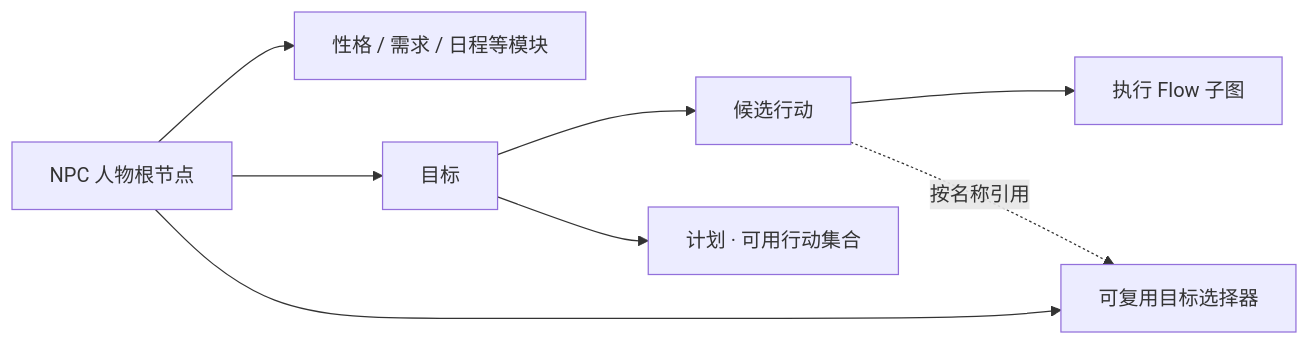
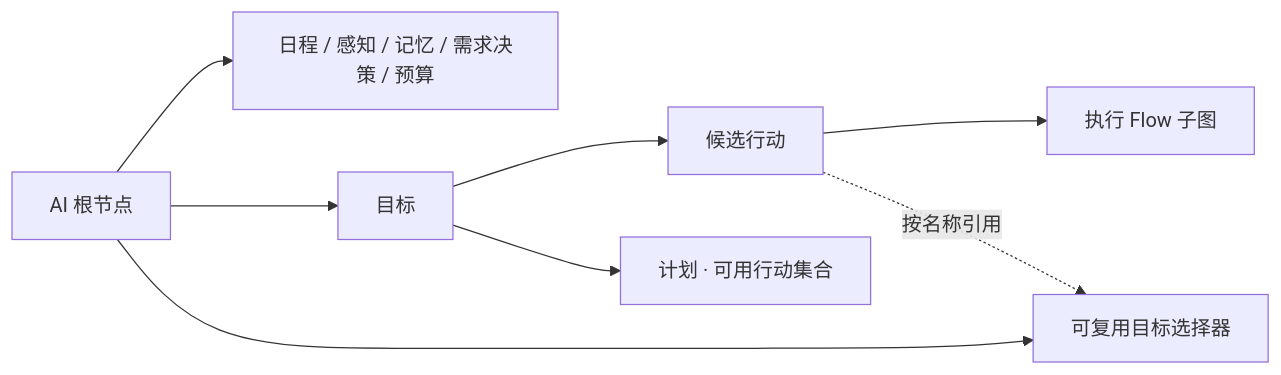
One commit to yuluotian123/yu changed the diagram in scripts/gamelogic/ai/NPC_GRAPH_GUIDE.md. Above: the diagram before and after it, drawn with Mermaid. The commit also changed other lines of this file and 159 other files, not shown here.

````diff
--- a/scripts/gamelogic/ai/NPC_GRAPH_GUIDE.md
+++ b/scripts/gamelogic/ai/NPC_GRAPH_GUIDE.md
@@ -22,10 +22,10 @@
 ```mermaid
 flowchart LR
-    R[NPC 人物根节点] --> M[性格 / 需求 / 日程等模块]
+    R[AI 根节点] --> M[日程 / 感知 / 记忆 / 需求决策 / 预算]
     R --> G[目标]
     R --> S[可复用目标选择器]
     G --> A[候选行动]
     G --> P[计划 · 可用行动集合]
     A --> E[执行 Flow 子图]
     A -. 按名称引用 .-> S
 ```
````
